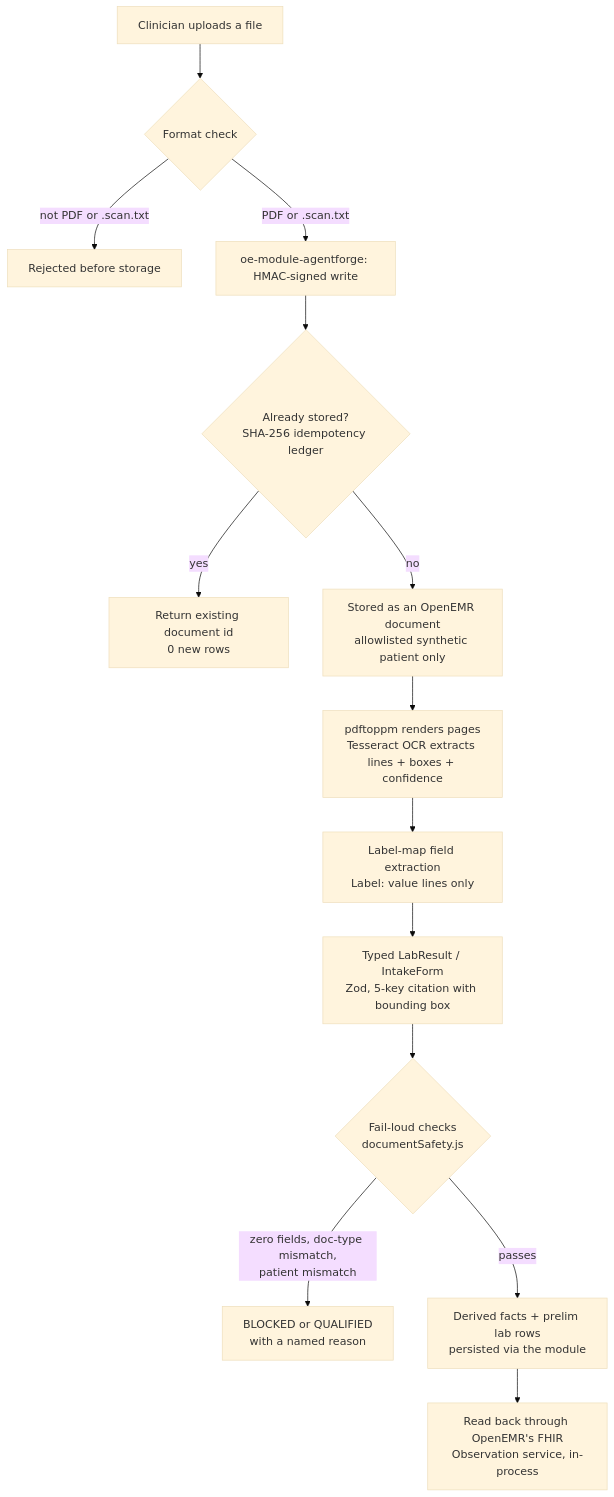
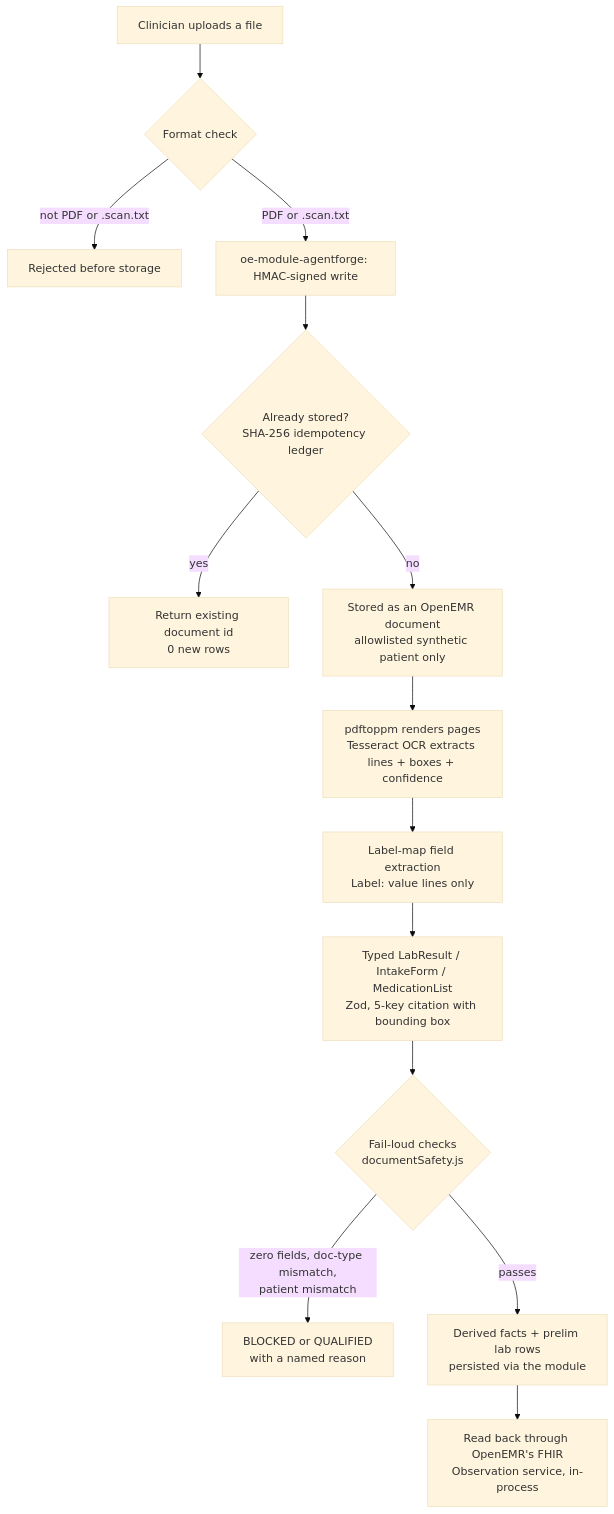
Before and after one commit to DavidSlayback/agentforge-week1: the first of 5 diagrams in W2_ARCHITECTURE.md, drawn with Mermaid (base theme). The commit also changed other lines of this file and 6 other files, not shown here.

First line of the commit message:
docs(agentforge): medication_list docs, sample truth and regression proof (E4)

````diff
--- a/W2_ARCHITECTURE.md
+++ b/W2_ARCHITECTURE.md
@@ -110,16 +110,16 @@
 ```mermaid
 flowchart TD
     A[Clinician uploads a file] --> B{Format check}
     B -- "not PDF or .scan.txt" --> Z1[Rejected before storage]
     B -- "PDF or .scan.txt" --> C[oe-module-agentforge: HMAC-signed write]
     C --> D{Already stored?<br/>SHA-256 idempotency ledger}
     D -- yes --> E[Return existing document id<br/>0 new rows]
     D -- no --> F[Stored as an OpenEMR document<br/>allowlisted synthetic patient only]
     F --> G[pdftoppm renders pages<br/>Tesseract OCR extracts lines + boxes + confidence]
     G --> H[Label-map field extraction<br/>Label: value lines only]
-    H --> I[Typed LabResult / IntakeForm<br/>Zod, 5-key citation with bounding box]
+    H --> I[Typed LabResult / IntakeForm / MedicationList<br/>Zod, 5-key citation with bounding box]
     I --> J{Fail-loud checks<br/>documentSafety.js}
     J -- "zero fields, doc-type mismatch,<br/>patient mismatch" --> K[BLOCKED or QUALIFIED<br/>with a named reason]
     J -- passes --> L[Derived facts + prelim lab rows<br/>persisted via the module]
     L --> M[Read back through OpenEMR's FHIR<br/>Observation service, in-process]
 ```
````
